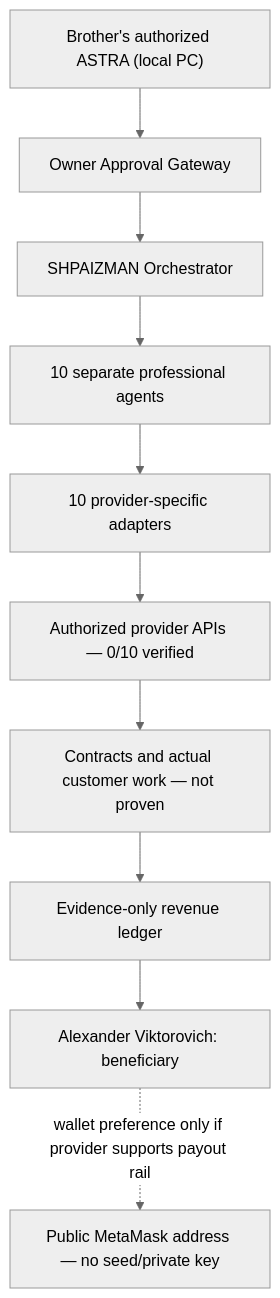
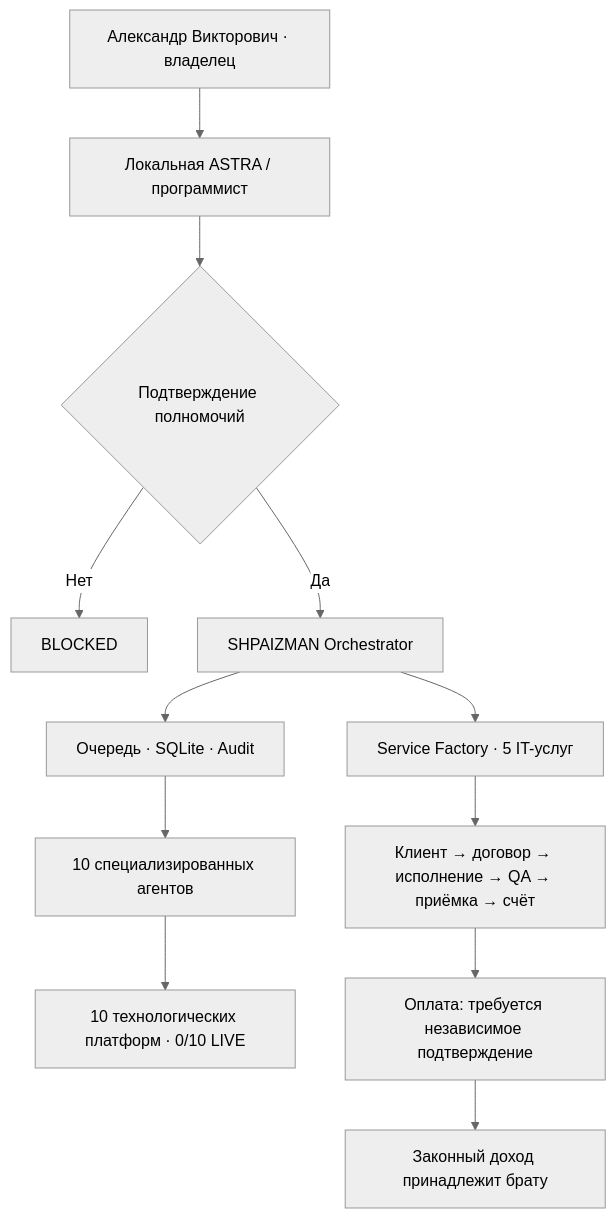
Before and after one commit to oromaskevic23-cmd/SHPAIZMAN-ORCHESTRATOR: the diagram in README.md, drawn with Mermaid (neutral theme). The commit also changed other lines of this file, not shown here.

First line of the commit message:
docs(readme): launch developer-first SHPAIZMAN presentation and Windows setup hub

````diff
--- a/README.md
+++ b/README.md
@@ -22,12 +28,14 @@
 ```mermaid
 flowchart TD
-  O["Brother's authorized ASTRA (local PC)"] --> G["Owner Approval Gateway"]
-  G --> C["SHPAIZMAN Orchestrator"]
-  C --> A["10 separate professional agents"]
-  A --> P["10 provider-specific adapters"]
-  P --> E["Authorized provider APIs — 0/10 verified"]
-  E --> R["Contracts and actual customer work — not proven"]
-  R --> L["Evidence-only revenue ledger"]
-  L --> B["Alexander Viktorovich: beneficiary"]
-  B -. "wallet preference only if provider supports payout rail" .-> W["Public MetaMask address — no seed/private key"]
+  Owner["Александр Викторович · владелец"] --> Astra["Локальная ASTRA / программист"]
+  Astra --> Approval{"Подтверждение полномочий"}
+  Approval -->|Нет| Stop["BLOCKED"]
+  Approval -->|Да| Orch["SHPAIZMAN Orchestrator"]
+  Orch --> Queue["Очередь · SQLite · Audit"]
+  Queue --> Agents["10 специализированных агентов"]
+  Agents --> Providers["10 технологических платформ · 0/10 LIVE"]
+  Orch --> Factory["Service Factory · 5 IT-услуг"]
+  Factory --> Lifecycle["Клиент → договор → исполнение → QA → приёмка → счёт"]
+  Lifecycle --> Payments["Оплата: требуется независимое подтверждение"]
+  Payments --> Beneficiary["Законный доход принадлежит брату"]
 ```
````
